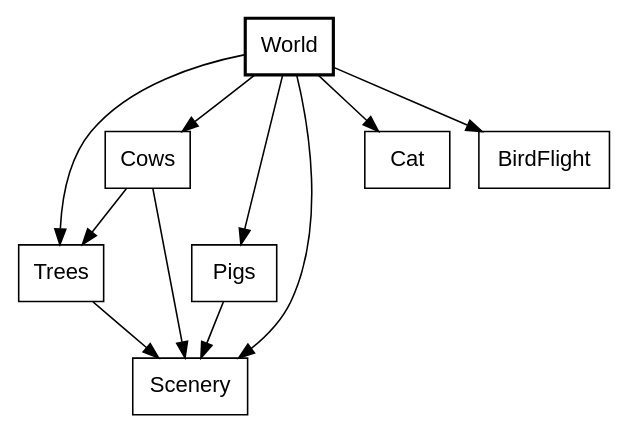
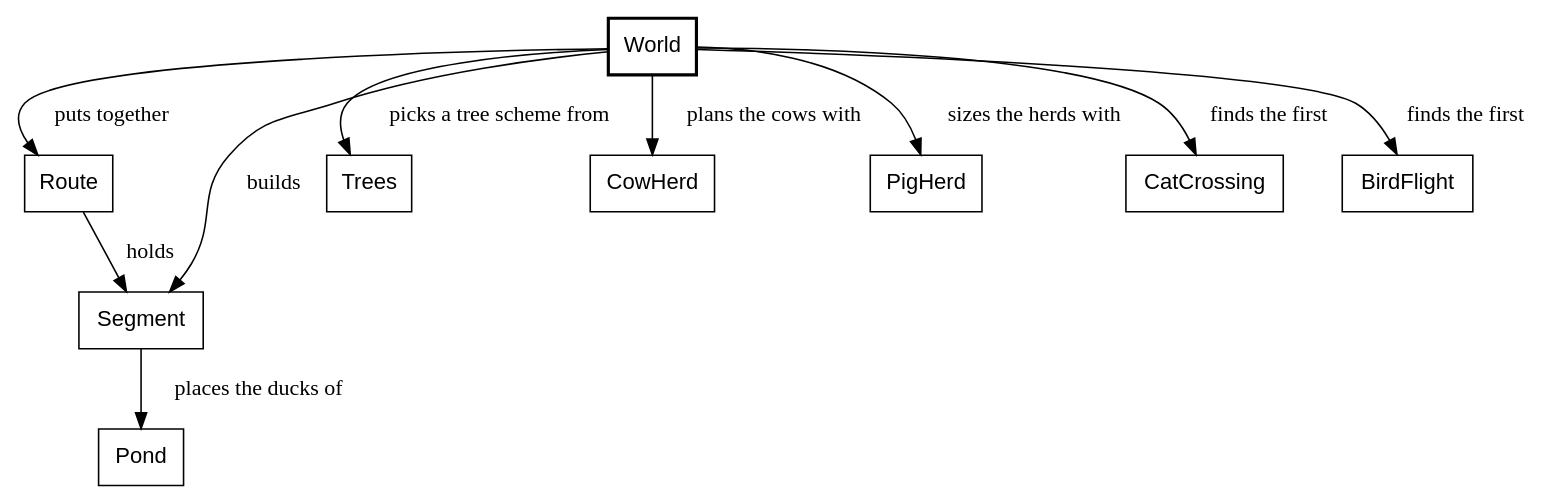
Before and after one commit to showell/roc-apps: the fourth of 30 diagrams in canvas_apps/safari/tutorial/tutorial.md, drawn with Graphviz. The commit also changed other lines of this file, not shown here.

First line of the commit message:
Safari book opening: fix the fact-checker's findings through A simple tree

````diff
--- a/canvas_apps/safari/tutorial/tutorial.md
+++ b/canvas_apps/safari/tutorial/tutorial.md
@@ -196,16 +206,15 @@
 ```dot
 digraph world {
   node [shape=box, fontname="Helvetica"];
   World [style=bold];
-  World -> Trees;
-  World -> Cows;
-  World -> Pigs;
-  World -> Scenery;
-  World -> Cat;
-  World -> BirdFlight;
-  Cows -> Trees;
-  Cows -> Scenery;
-  Trees -> Scenery;
-  Pigs -> Scenery;
+  World -> Route [label="  puts together"];
+  World -> Segment [label="  builds"];
+  World -> Trees [label="  picks a tree scheme from"];
+  World -> CowHerd [label="  plans the cows with"];
+  World -> PigHerd [label="  sizes the herds with"];
+  World -> CatCrossing [label="  finds the first"];
+  World -> BirdFlight [label="  finds the first"];
+  Route -> Segment [label="  holds"];
+  Segment -> Pond [label="  places the ducks of"];
 }
 ```
````
